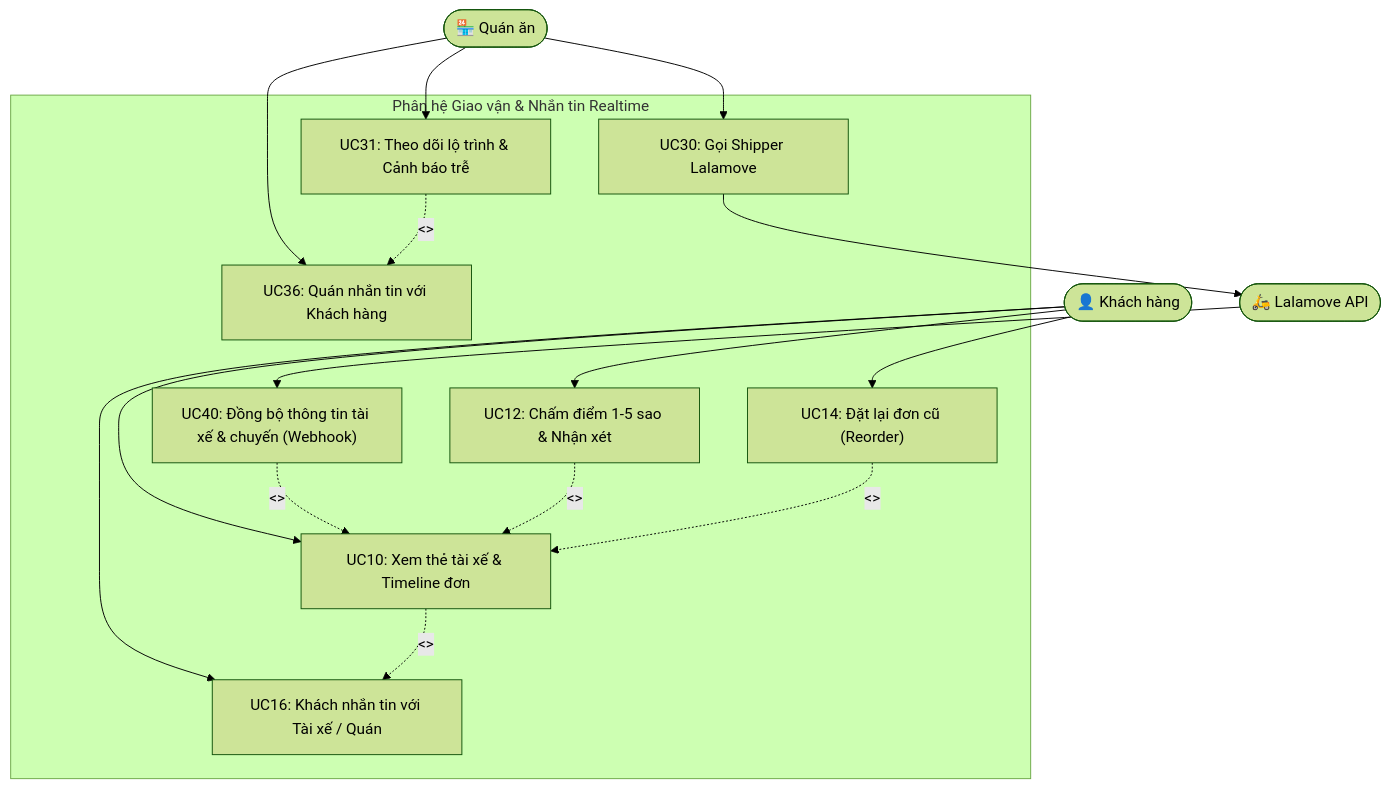
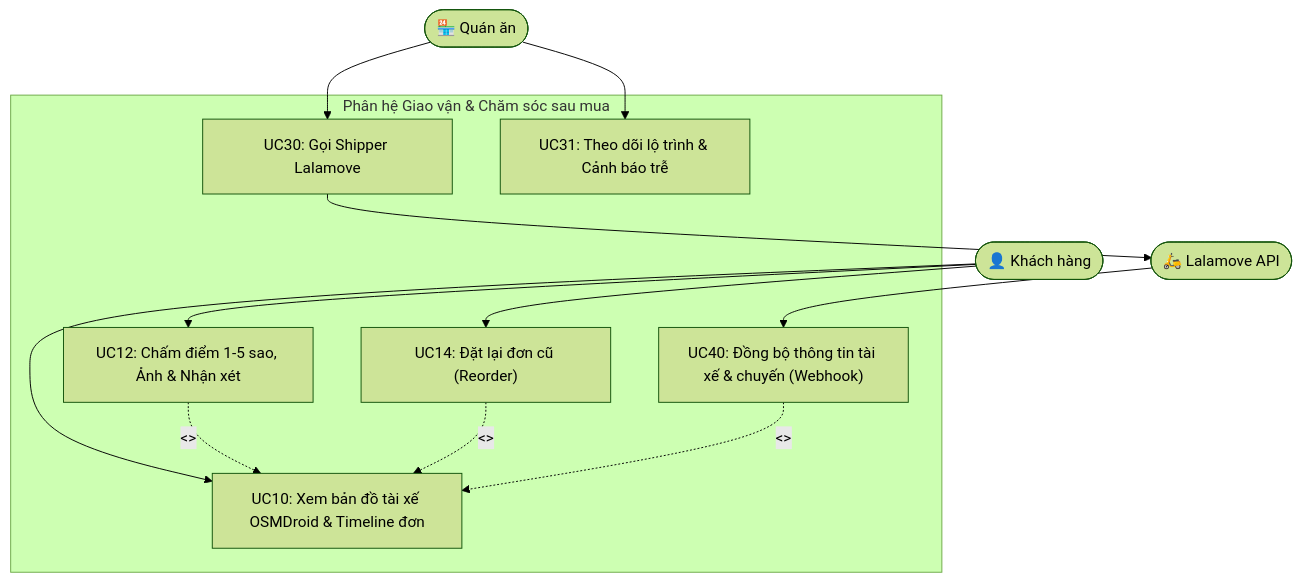
The fourth of 5 diagrams in docs/03-use-case-diagrams.md (thanhpino/MobileAppFinalProject-MiaoSong), drawn with Mermaid (forest theme) before and after one commit. The commit also changed other lines of this file and 10 other files, not shown here.

Commit message:
docs(freeze): sync all diagrams/ERD/API contracts with code & add interactive Archify flow HTML

````diff
--- a/docs/03-use-case-diagrams.md
+++ b/docs/03-use-case-diagrams.md
@@ -257,33 +255,27 @@
 ```mermaid
 flowchart TB
     actor_KH(["👤 Khách hàng"])
     actor_Q(["🏪 Quán ăn"])
     actor_LL(["🛵 Lalamove API"])
 
-    subgraph SUB_DISPATCH["Phân hệ Giao vận & Nhắn tin Realtime"]
+    subgraph SUB_DISPATCH["Phân hệ Giao vận & Chăm sóc sau mua"]
         UC30["UC30: Gọi Shipper Lalamove"]
         UC31["UC31: Theo dõi lộ trình & Cảnh báo trễ"]
         UC40["UC40: Đồng bộ thông tin tài xế & chuyến (Webhook)"]
-        UC10["UC10: Xem thẻ tài xế & Timeline đơn"]
-        UC16["UC16: Khách nhắn tin với Tài xế / Quán"]
-        UC36["UC36: Quán nhắn tin với Khách hàng"]
-        UC12["UC12: Chấm điểm 1-5 sao & Nhận xét"]
+        UC10["UC10: Xem bản đồ tài xế OSMDroid & Timeline đơn"]
+        UC12["UC12: Chấm điểm 1-5 sao, Ảnh & Nhận xét"]
         UC14["UC14: Đặt lại đơn cũ (Reorder)"]
     end
 
     actor_Q --> UC30
     actor_Q --> UC31
-    actor_Q --> UC36
     actor_KH --> UC10
-    actor_KH --> UC16
     actor_KH --> UC12
     actor_KH --> UC14
 
     UC30 --> actor_LL
     actor_LL --> UC40
     UC40 -. "<<include>>" .-> UC10
-    UC10 -. "<<extend>>" .-> UC16
-    UC31 -. "<<extend>>" .-> UC36
     UC12 -. "<<extend>>" .-> UC10
     UC14 -. "<<extend>>" .-> UC10
 ```
````
